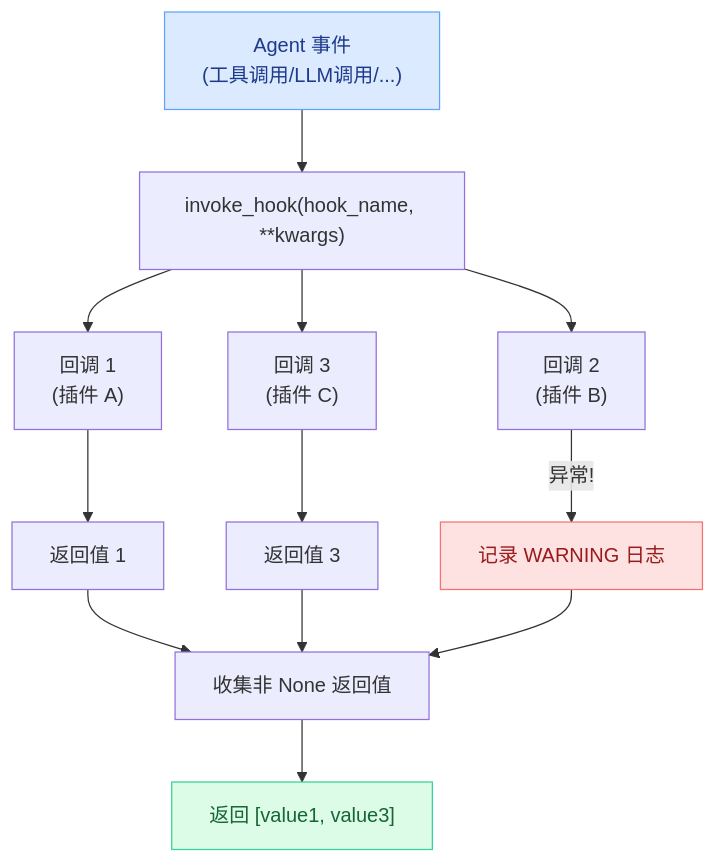
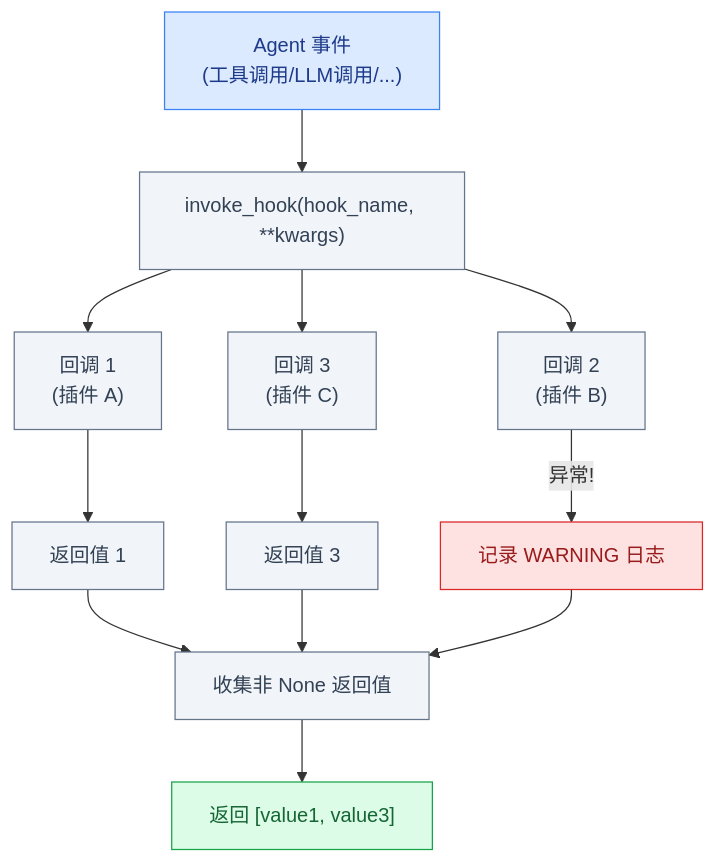
Before and after one commit to pty819/hermes-docs: the third of 3 diagrams in chapters/plugin-system.rst, drawn with Mermaid. The commit also changed other lines of this file and 27 other files, not shown here.

```diff
--- a/chapters/plugin-system.rst
+++ b/chapters/plugin-system.rst
@@ -447,23 +449,30 @@
 .. mermaid::
 
    flowchart TD
+       classDef start fill:#dbeafe,stroke:#3b82f6,color:#1e3a8a
+       classDef success fill:#dcfce7,stroke:#16a34a,color:#166534
+       classDef warn fill:#fef9c3,stroke:#ca8a04,color:#854d0e
+       classDef fail fill:#fee2e2,stroke:#dc2626,color:#991b1b
+       classDef info fill:#f1f5f9,stroke:#64748b,color:#334155
+
        EVENT["Agent 事件<br/>(工具调用/LLM调用/...)"] --> INVOKE["invoke_hook(hook_name, **kwargs)"]
 
        INVOKE --> CB1["回调 1<br/>(插件 A)"]
        INVOKE --> CB2["回调 2<br/>(插件 B)"]
        INVOKE --> CB3["回调 3<br/>(插件 C)"]
 
        CB1 --> R1["返回值 1"]
        CB2 -->|"异常!"| LOG["记录 WARNING 日志"]
        CB3 --> R3["返回值 3"]
 
        R1 --> COLLECT["收集非 None 返回值"]
        R3 --> COLLECT
 
        COLLECT --> RESULTS["返回 [value1, value3]"]
 
        LOG --> COLLECT
 
-       style EVENT fill:#dbeafe,stroke:#60a5fa,color:#1e3a8a
-       style LOG fill:#fee2e2,stroke:#f87171,color:#991b1b
-       style RESULTS fill:#dcfce7,stroke:#34d399,color:#166534
+       class EVENT start
+       class RESULTS success
+       class LOG fail
+       class INVOKE,CB1,CB2,CB3,R1,R3,COLLECT info
```
